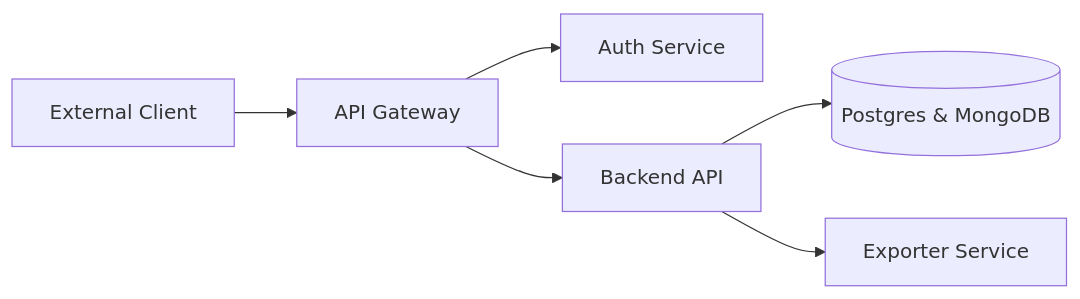
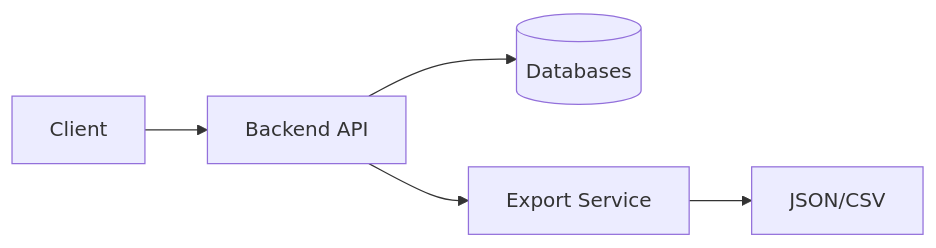
One commit to HCMUS-Software-Architecture/Back-end changed the seventh of 7 diagrams in doc/Features.md. Above: the diagram before and after it, drawn with Mermaid. The commit also changed other lines of this file and 6 other files, not shown here.

Commit message:
Restructure documentation with evolutionary architecture and separate operations guide

````diff
--- a/doc/Features.md
+++ b/doc/Features.md
@@ -153,8 +267,7 @@
 ```mermaid
 flowchart LR
-  C[External Client] --> GW[API Gateway]
-  GW --> Auth[Auth Service]
-  GW --> API3[Backend API]
-  API3 --> DBs[(Postgres & MongoDB)]
-  API3 --> Export[Exporter Service]
+  C[Client] --> API[Backend API]
+  API --> DBs[(Databases)]
+  API --> Export[Export Service]
+  Export --> File[JSON/CSV]
 ```
````
